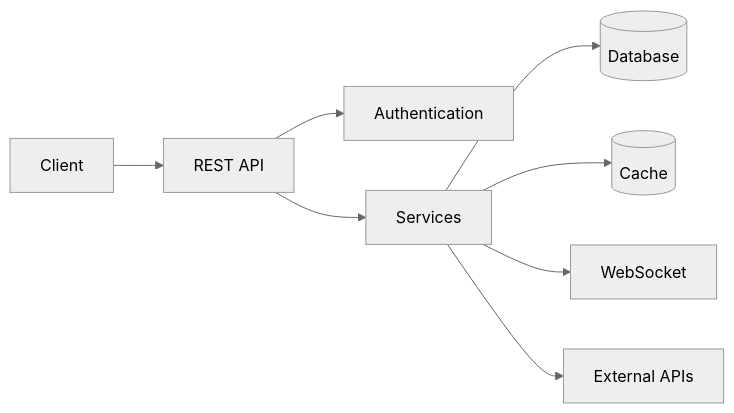
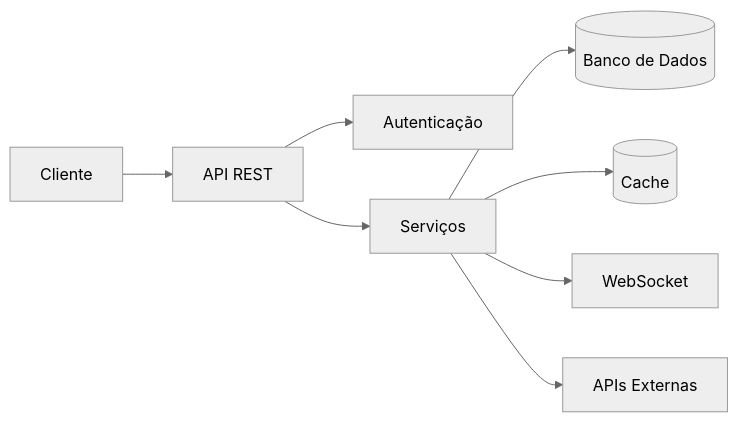
One commit to whoamicode/Perfil changed the diagram in README.md. Above: the diagram before and after it, drawn with Mermaid (neutral theme). The commit also changed other lines of this file, not shown here.

````diff
--- a/README.md
+++ b/README.md
@@ -151,10 +151,10 @@
 ```mermaid
 flowchart LR
-    Client[Client] --> API[REST API]
-    API --> AUTH[Authentication]
-    API --> SERVICES[Services]
-    SERVICES --> DB[(Database)]
+    CLIENT[Cliente] --> API[API REST]
+    API --> AUTH[Autenticação]
+    API --> SERVICES[Serviços]
+    SERVICES --> DB[(Banco de Dados)]
     SERVICES --> CACHE[(Cache)]
     SERVICES --> WS[WebSocket]
-    SERVICES --> EXT[External APIs]
+    SERVICES --> EXT[APIs Externas]
 ```
````
